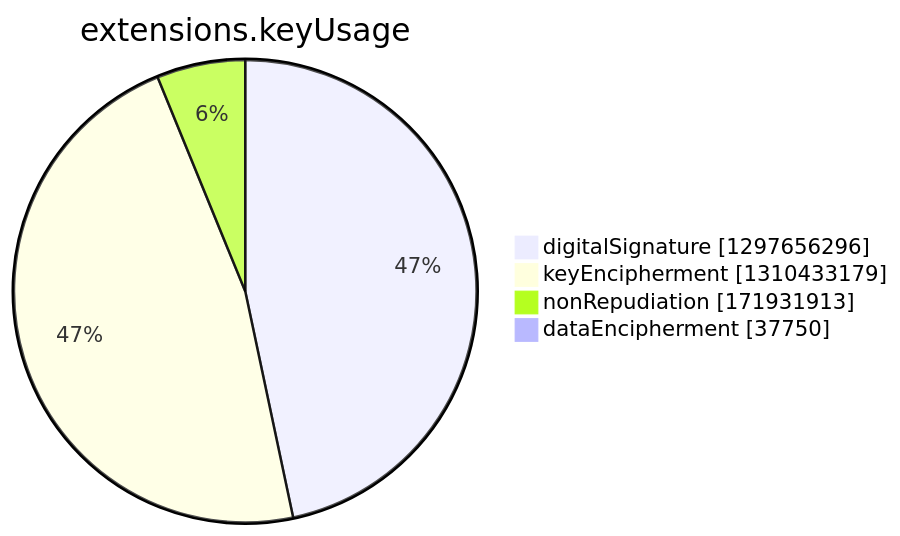
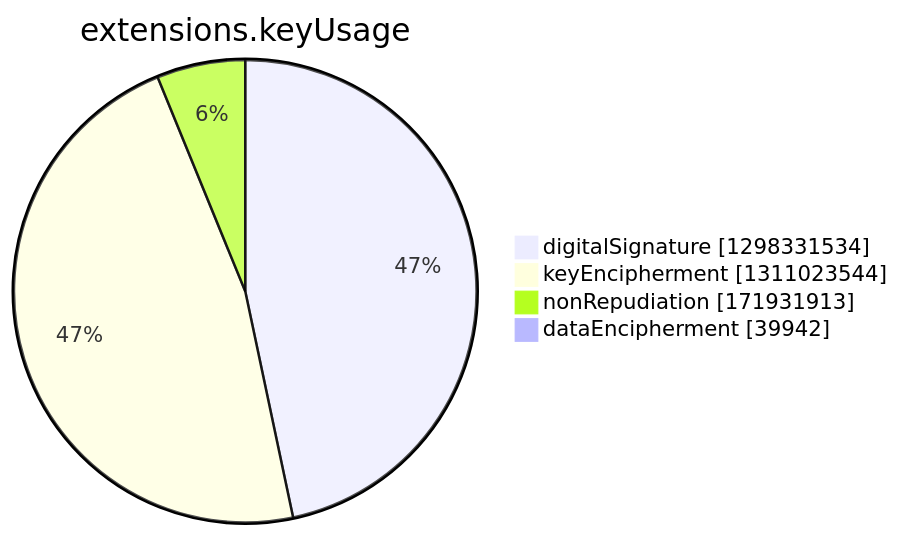
One commit to christiankrug/ctmonitor_visualization changed the seventh of 15 diagrams in argon2022/README.md. Above: the diagram before and after it, drawn with Mermaid. The commit also changed other lines of this file, not shown here.

````diff
--- a/argon2022/README.md
+++ b/argon2022/README.md
@@ -2749,8 +2749,8 @@
 ```mermaid
 pie showData
 title extensions.keyUsage
-"digitalSignature" :1297656296
-"keyEncipherment" :1310433179
+"digitalSignature" :1298331534
+"keyEncipherment" :1311023544
 "nonRepudiation" :171931913
-"dataEncipherment" :37750
+"dataEncipherment" :39942
 ```
````
